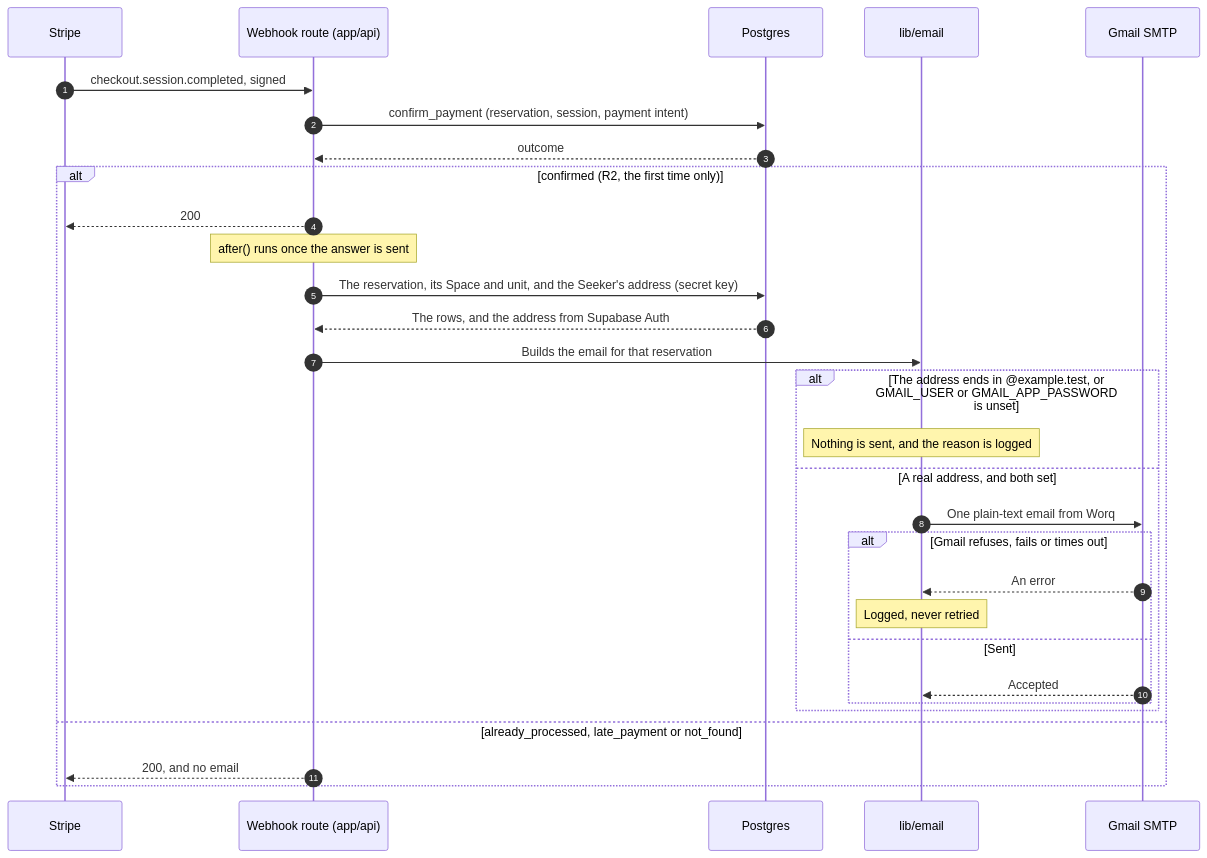
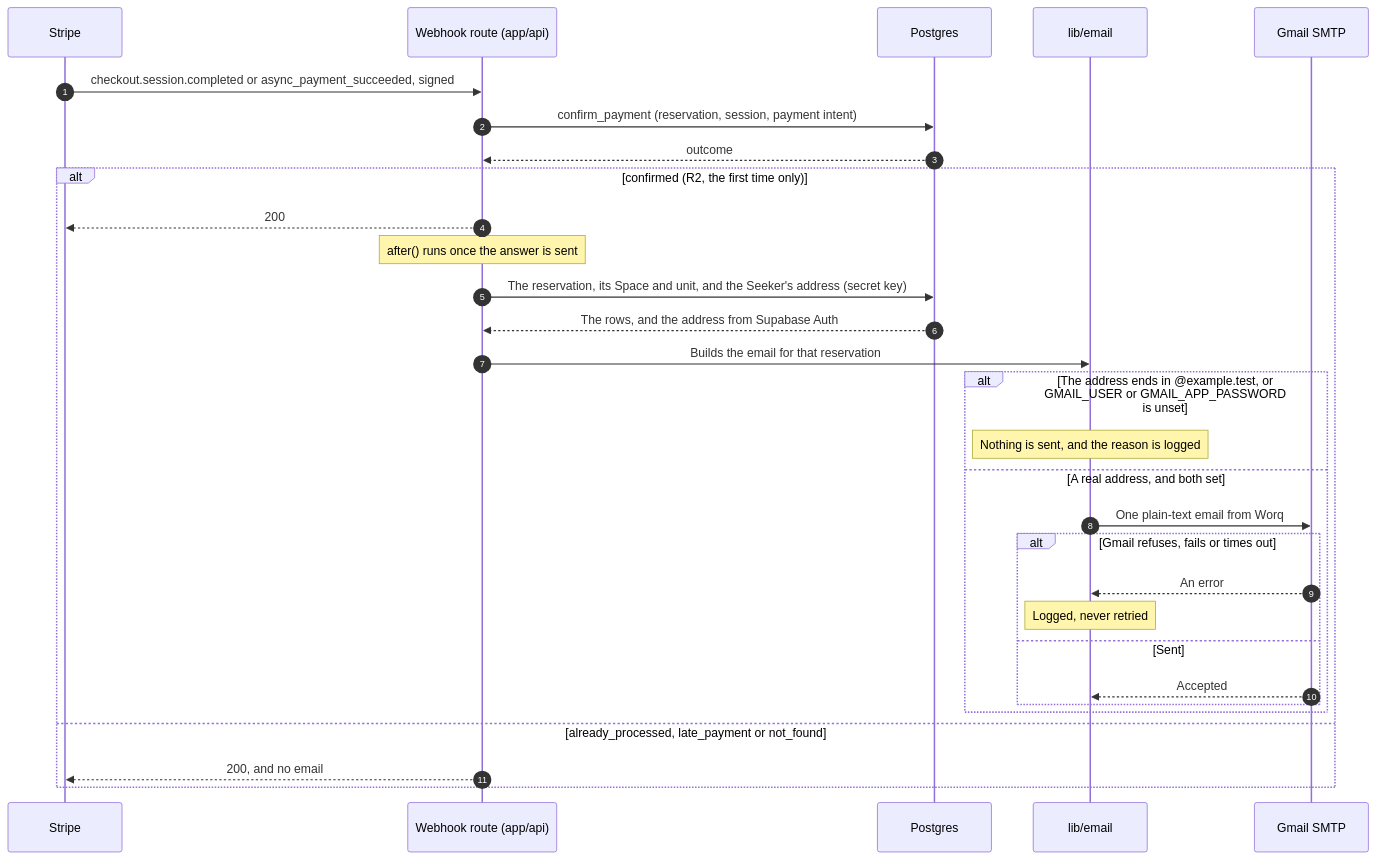
The diagram in docs/design/STORY-16-reservation-history.md (dreeyanzz/studyhub), drawn with Mermaid before and after one commit. The commit also changed other lines of this file and 3 other files, not shown here.

````diff
--- a/docs/design/STORY-16-reservation-history.md
+++ b/docs/design/STORY-16-reservation-history.md
@@ -63,32 +63,32 @@
 ```mermaid
 sequenceDiagram
     autonumber
     participant ST as Stripe
     participant R as Webhook route (app/api)
     participant DB as Postgres
     participant E as lib/email
     participant G as Gmail SMTP
-    ST->>R: checkout.session.completed, signed
+    ST->>R: checkout.session.completed or async_payment_succeeded, signed
     R->>DB: confirm_payment (reservation, session, payment intent)
     DB-->>R: outcome
     alt confirmed (R2, the first time only)
         R-->>ST: 200
         Note over R: after() runs once the answer is sent
         R->>DB: The reservation, its Space and unit, and the Seeker's address (secret key)
         DB-->>R: The rows, and the address from Supabase Auth
         R->>E: Builds the email for that reservation
         alt The address ends in @example.test, or GMAIL_USER or GMAIL_APP_PASSWORD is unset
             Note over E: Nothing is sent, and the reason is logged
         else A real address, and both set
             E->>G: One plain-text email from Worq
             alt Gmail refuses, fails or times out
                 G-->>E: An error
                 Note over E: Logged, never retried
             else Sent
                 G-->>E: Accepted
             end
         end
     else already_processed, late_payment or not_found
         R-->>ST: 200, and no email
     end
 ```
````
